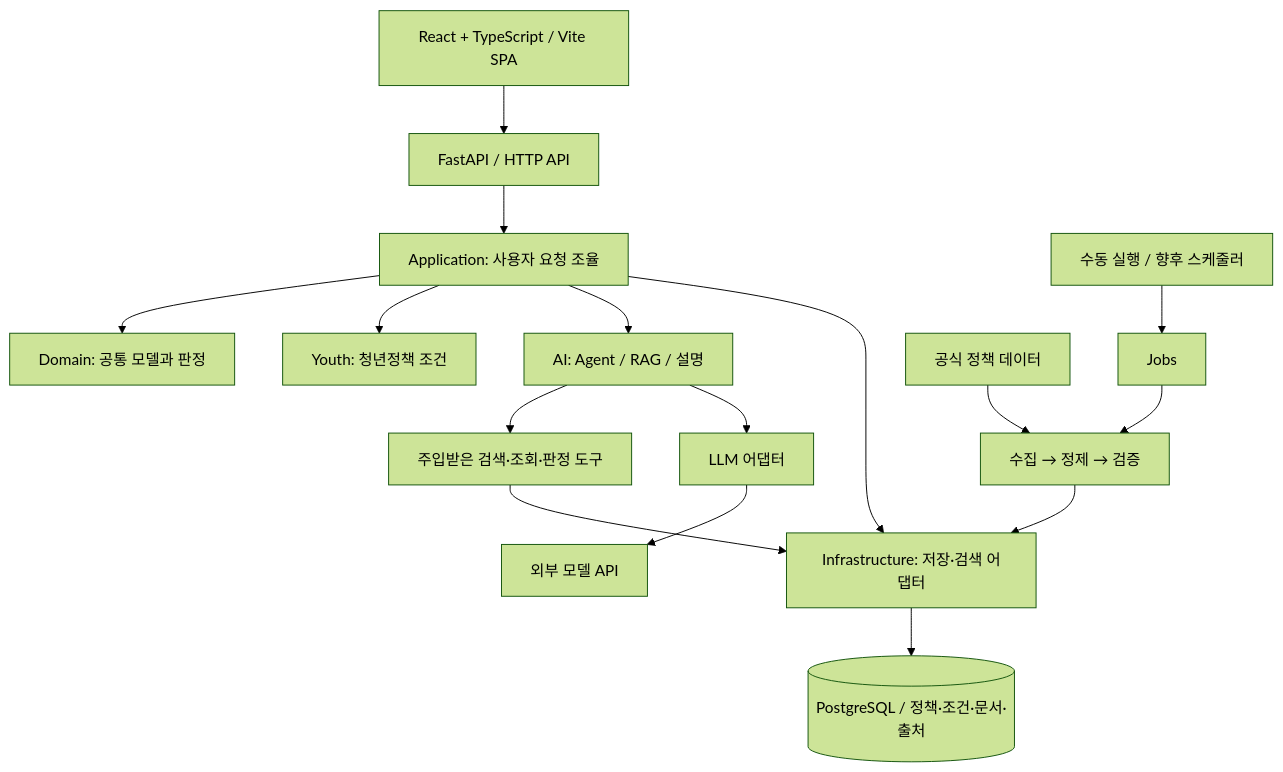
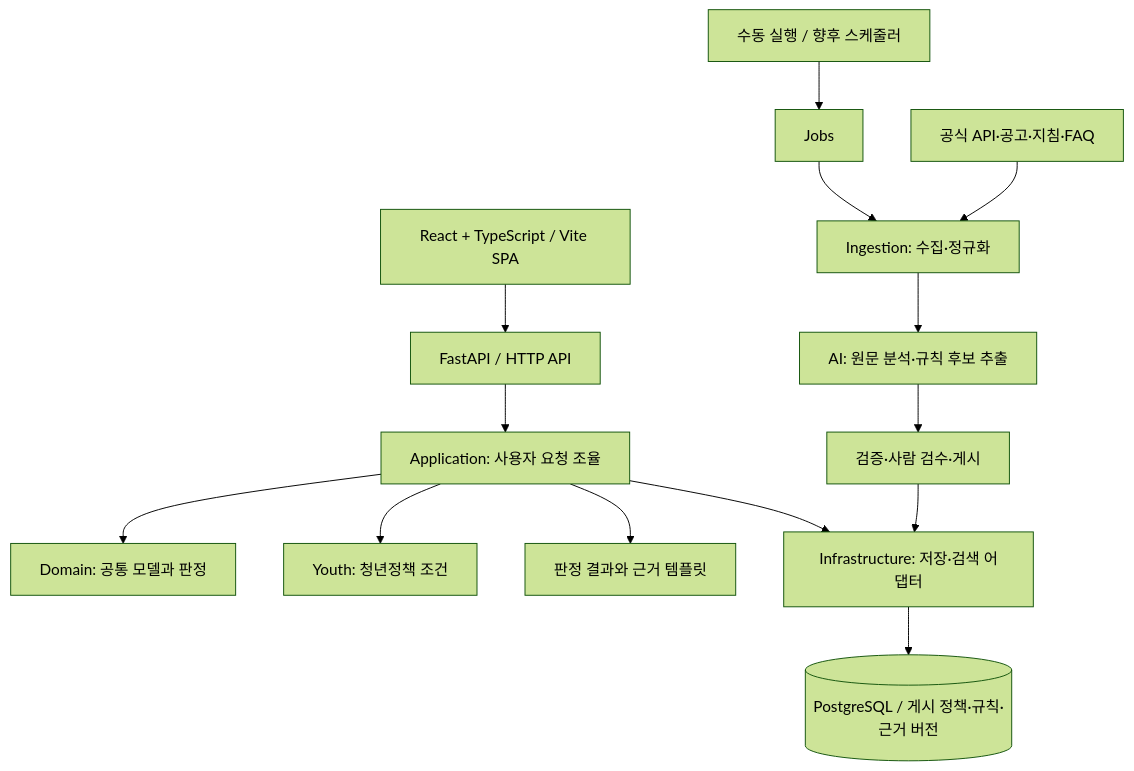
The diagram in docs/ARCHITECTURE.md (x17545/benefitfinder-ai), drawn with Mermaid (forest theme) before and after one commit. The commit also changed other lines of this file and 69 other files, not shown here.

````diff
--- a/docs/ARCHITECTURE.md
+++ b/docs/ARCHITECTURE.md
@@ -15,18 +15,16 @@
 ```mermaid
 flowchart TD
     Web[React + TypeScript / Vite SPA] --> API[FastAPI / HTTP API]
     API --> App[Application: 사용자 요청 조율]
     App --> Core[Domain: 공통 모델과 판정]
     App --> Youth[Youth: 청년정책 조건]
-    App --> AI[AI: Agent / RAG / 설명]
-    AI --> Tools[주입받은 검색·조회·판정 도구]
+    App --> Explain[판정 결과와 근거 템플릿]
     App --> Infra[Infrastructure: 저장·검색 어댑터]
-    Tools --> Infra
-    Infra --> DB[(PostgreSQL / 정책·조건·문서·출처)]
-    AI --> Model[LLM 어댑터]
-    Model --> Provider[외부 모델 API]
+    Infra --> DB[(PostgreSQL / 게시 정책·규칙·근거 버전)]
     Scheduler[수동 실행 / 향후 스케줄러] --> Jobs[Jobs]
-    Jobs --> Ingest[수집 → 정제 → 검증]
-    Official[공식 정책 데이터] --> Ingest
-    Ingest --> Infra
+    Jobs --> Ingest[Ingestion: 수집·정규화]
+    Official[공식 API·공고·지침·FAQ] --> Ingest
+    Ingest --> Agent[AI: 원문 분석·규칙 후보 추출]
+    Agent --> Review[검증·사람 검수·게시]
+    Review --> Infra
 ```
````
